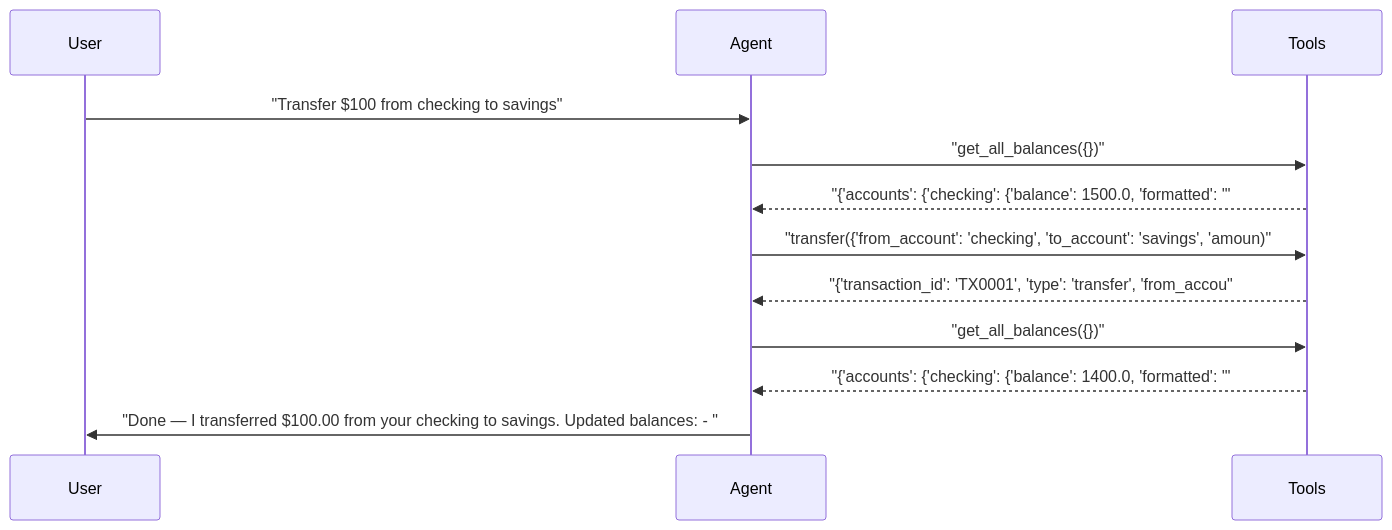
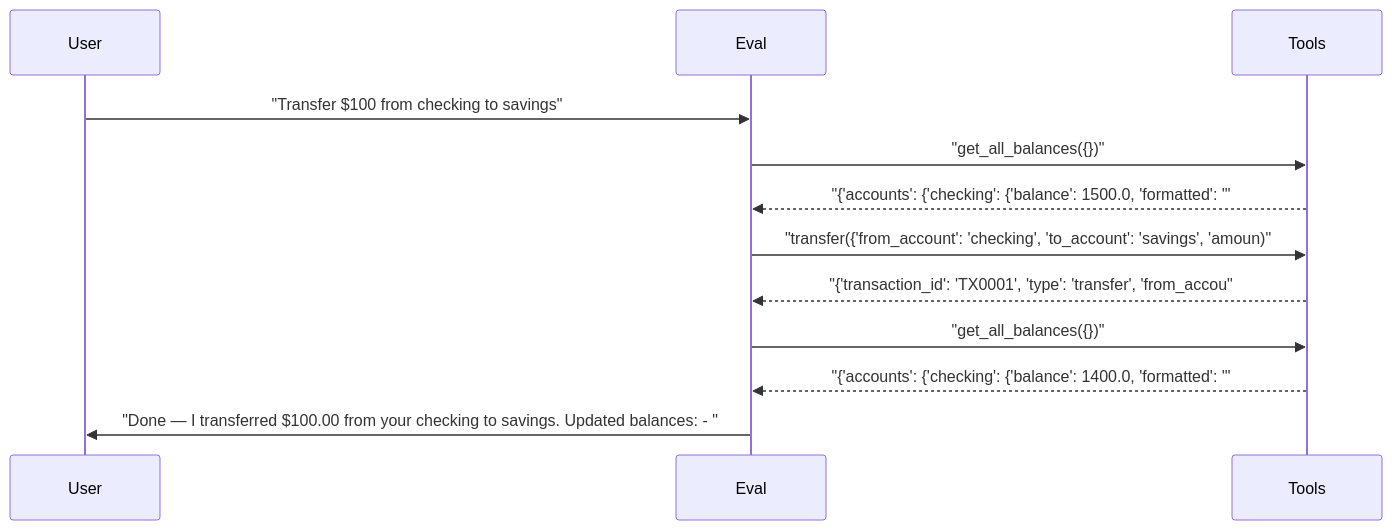
The fifth of 8 diagrams in docs/reports/06_model_prompt_matrix.md (sbroenne/pytest-skill-engineering), drawn with Mermaid before and after one commit. The commit also changed other lines of this file and 155 other files, not shown here.

````diff
--- a/docs/reports/06_model_prompt_matrix.md
+++ b/docs/reports/06_model_prompt_matrix.md
@@ -327,15 +327,15 @@
 ```mermaid
 sequenceDiagram
     participant User
-    participant Agent
+    participant Eval
     participant Tools
 
-    User->>Agent: "Transfer $100 from checking to savings"
-    Agent->>Tools: "get_all_balances({})"
-    Tools-->>Agent: "{'accounts': {'checking': {'balance': 1500.0, 'formatted': '"
-    Agent->>Tools: "transfer({'from_account': 'checking', 'to_account': 'savings', 'amoun)"
-    Tools-->>Agent: "{'transaction_id': 'TX0001', 'type': 'transfer', 'from_accou"
-    Agent->>Tools: "get_all_balances({})"
-    Tools-->>Agent: "{'accounts': {'checking': {'balance': 1400.0, 'formatted': '"
-    Agent->>User: "Done — I transferred $100.00 from your checking to savings. Updated balances: - "
+    User->>Eval: "Transfer $100 from checking to savings"
+    Eval->>Tools: "get_all_balances({})"
+    Tools-->>Eval: "{'accounts': {'checking': {'balance': 1500.0, 'formatted': '"
+    Eval->>Tools: "transfer({'from_account': 'checking', 'to_account': 'savings', 'amoun)"
+    Tools-->>Eval: "{'transaction_id': 'TX0001', 'type': 'transfer', 'from_accou"
+    Eval->>Tools: "get_all_balances({})"
+    Tools-->>Eval: "{'accounts': {'checking': {'balance': 1400.0, 'formatted': '"
+    Eval->>User: "Done — I transferred $100.00 from your checking to savings. Updated balances: - "
 ```
````
